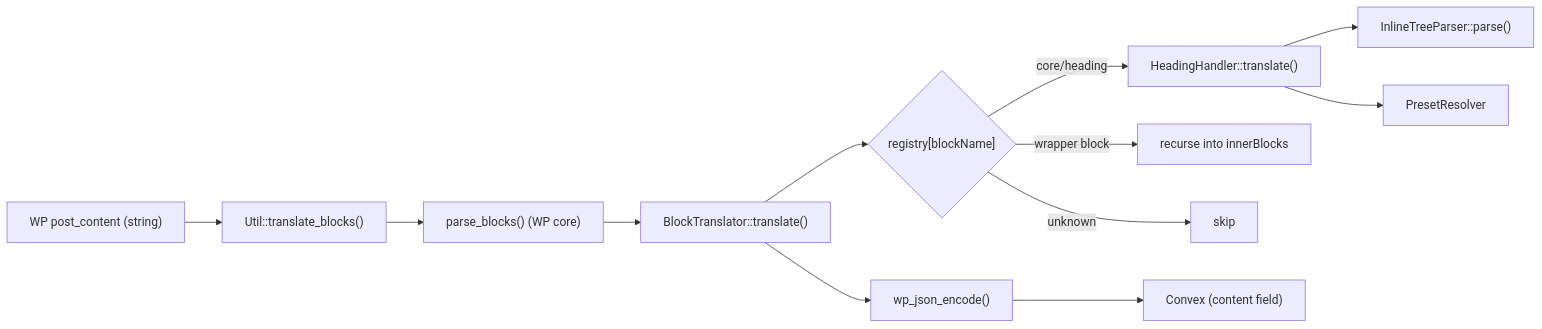
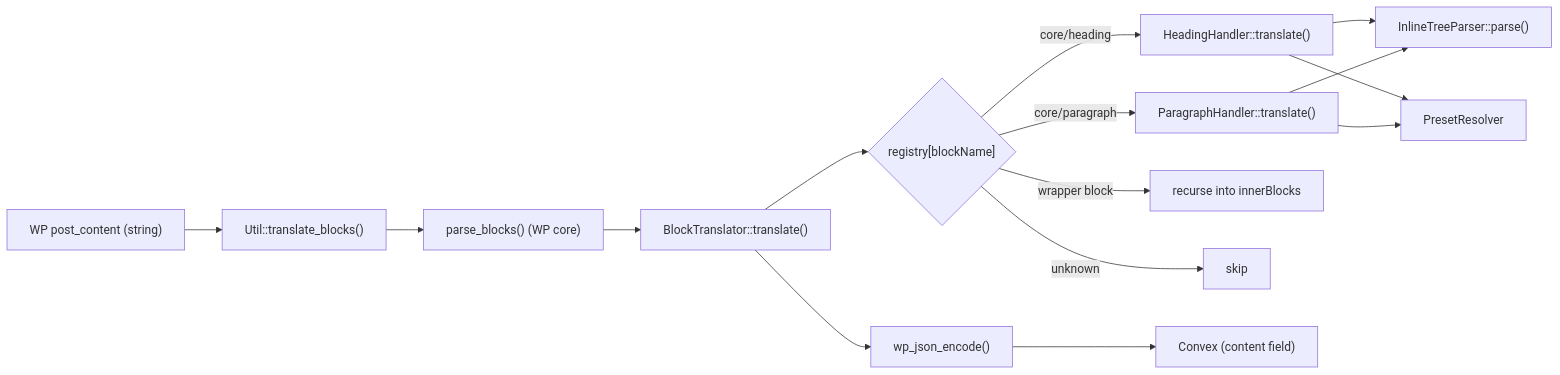
Before and after one commit to isaaclfelix/post-to-convex: the diagram in wp-content/plugins/post-to-convex/includes/BlockHandlers/README.md, drawn with Mermaid. The commit also changed other lines of this file and 9 other files, not shown here.

Commit message:
feat: implement paragraph handler

````diff
--- a/wp-content/plugins/post-to-convex/includes/BlockHandlers/README.md
+++ b/wp-content/plugins/post-to-convex/includes/BlockHandlers/README.md
@@ -9,14 +9,17 @@
 ```mermaid
 flowchart LR
     post["WP post_content (string)"] --> util["Util::translate_blocks()"]
     util --> parse["parse_blocks() (WP core)"]
     parse --> translator["BlockTranslator::translate()"]
     translator --> registry{"registry[blockName]"}
     registry -->|"core/heading"| heading["HeadingHandler::translate()"]
+    registry -->|"core/paragraph"| paragraph["ParagraphHandler::translate()"]
     registry -->|wrapper block| recurse["recurse into innerBlocks"]
     registry -->|unknown| skip["skip"]
     heading --> inline["InlineTreeParser::parse()"]
+    paragraph --> inline
     heading --> presets["PresetResolver"]
+    paragraph --> presets
     translator --> encode["wp_json_encode()"]
     encode --> convex["Convex (content field)"]
 ```
````
